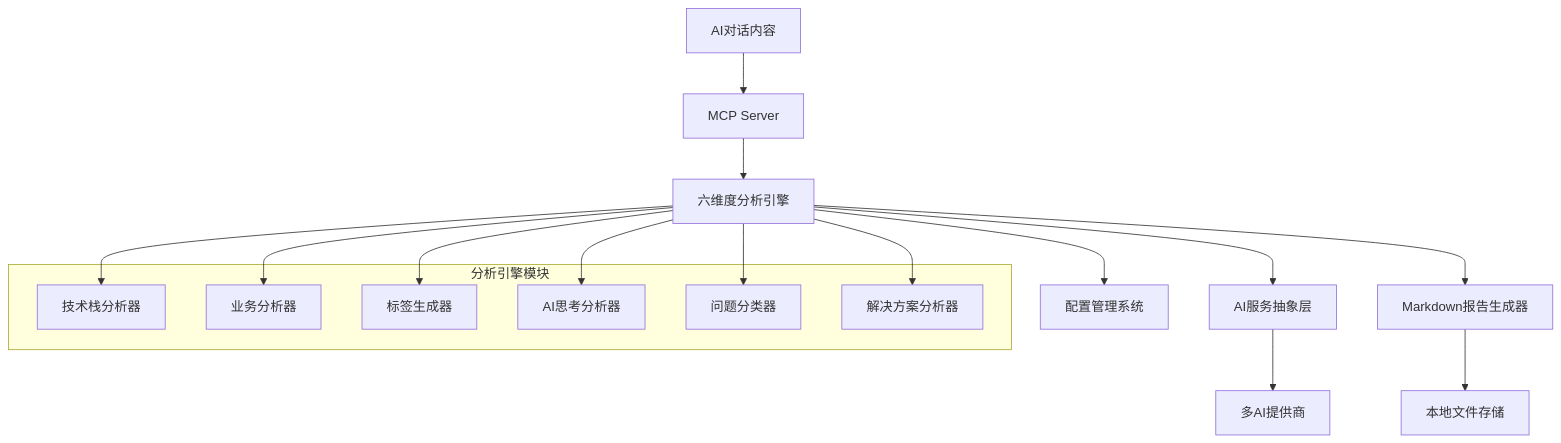
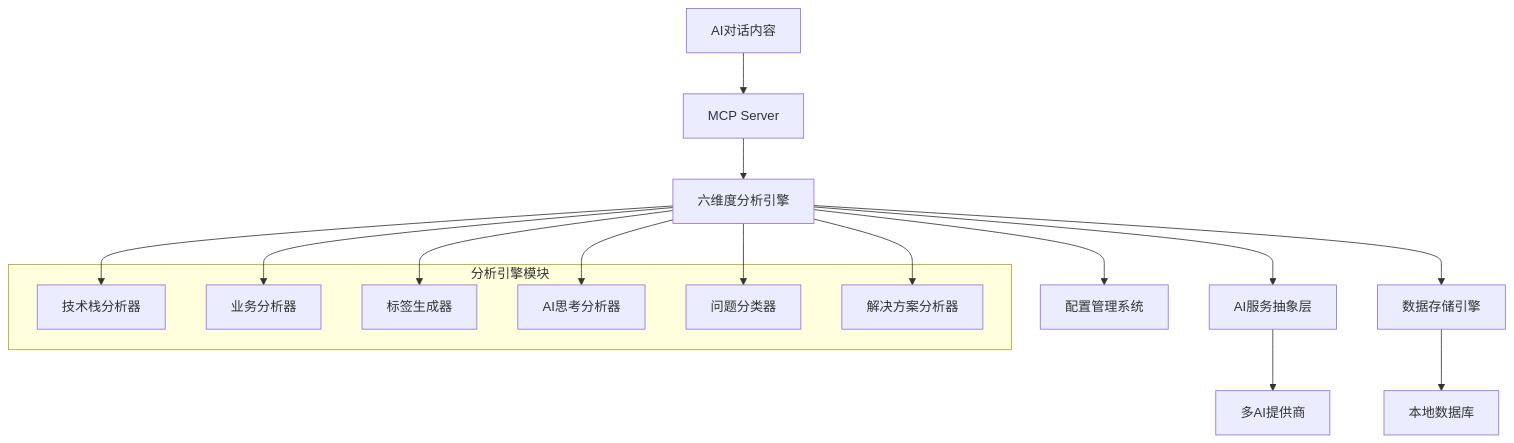
Before and after one commit to maidangzhu/ai-summary-mcp: the third of 3 diagrams in .trae/documents/project-prd.md, drawn with Mermaid. The commit also changed other lines of this file and 10 other files, not shown here.

````diff
--- a/.trae/documents/project-prd.md
+++ b/.trae/documents/project-prd.md
@@ -152,26 +190,26 @@
 ```mermaid
 graph TB
     A[AI对话内容] --> B[MCP Server]
     B --> C[六维度分析引擎]
     C --> D[配置管理系统]
     C --> E[AI服务抽象层]
     E --> F[多AI提供商]
-    C --> G[Markdown报告生成器]
-    G --> H[本地文件存储]
+    C --> G[数据存储引擎]
+    G --> H[本地数据库]
     
     subgraph "分析引擎模块"
         C1[技术栈分析器]
         C2[业务分析器]
         C3[标签生成器]
         C4[AI思考分析器]
         C5[问题分类器]
         C6[解决方案分析器]
     end
     
     C --> C1
     C --> C2
     C --> C3
     C --> C4
     C --> C5
     C --> C6
 ```
````
